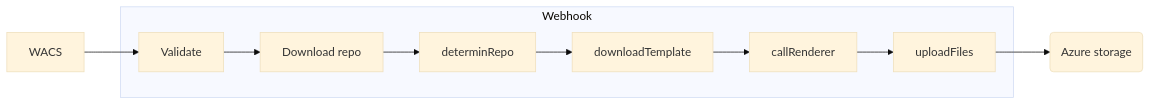
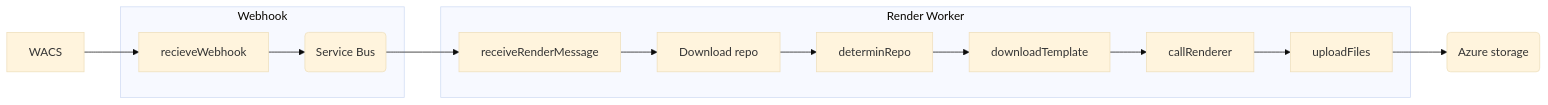
Before and after one commit to WycliffeAssociates/ScriptureRenderingPipeline: the first of 2 diagrams in README.md, drawn with Mermaid (base theme).

Commit message:
WIP on documentation

````diff
--- a/README.md
+++ b/README.md
@@ -5,10 +5,15 @@
 ```mermaid
 flowchart LR;
-    wacs[WACS] --> validate[Validate]
+    wacs[WACS] --> recieveWebhook
     azureStorage(Azure storage)
+    serviceBus(Service Bus)
     subgraph webhook[Webhook]
-    validate --> downloadRepo[Download repo] --> determinRepo --> downloadTemplate
+    recieveWebhook --> serviceBus
+    end
+    serviceBus --> receiveRenderMessage
+    subgraph renderWorker[Render Worker]
+    receiveRenderMessage --> downloadRepo[Download repo] --> determinRepo --> downloadTemplate
     downloadTemplate --> callRenderer --> uploadFiles
     end
     uploadFiles --> azureStorage
 ```
````
